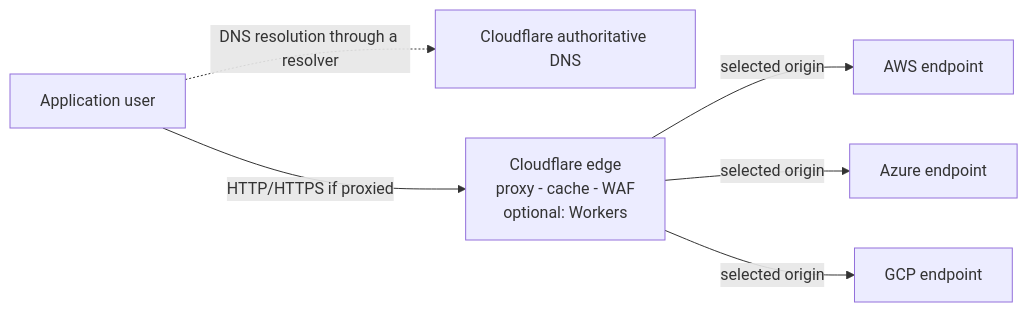
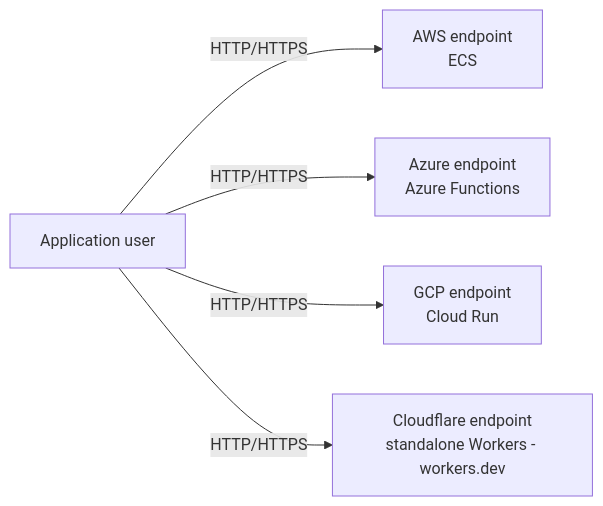
The second of 4 diagrams in projects/centralized-cloud-infrastructure/tdd.en.md (reiva5/reiva5.github.io), drawn with Mermaid before and after one commit. The commit also changed other lines of this file and 5 other files, not shown here.

First line of the commit message:
[Fix] Clarify Cloudflare Workers Scope in Iteration-1 TDD (#10)

````diff
--- a/projects/centralized-cloud-infrastructure/tdd.en.md
+++ b/projects/centralized-cloud-infrastructure/tdd.en.md
@@ -162,11 +164,8 @@
 ```mermaid
 flowchart LR
     User["Application user"]
-    DNS["Cloudflare authoritative DNS"]
-    Edge["Cloudflare edge<br/>proxy - cache - WAF<br/>optional: Workers"]
-    User -.->|"DNS resolution through a resolver"| DNS
-    User -->|"HTTP/HTTPS if proxied"| Edge
-    Edge -->|"selected origin"| AWSOrigin["AWS endpoint"]
-    Edge -->|"selected origin"| AzureOrigin["Azure endpoint"]
-    Edge -->|"selected origin"| GCPOrigin["GCP endpoint"]
+    User -->|"HTTP/HTTPS"| AWSWorkload["AWS endpoint<br/>ECS"]
+    User -->|"HTTP/HTTPS"| AzureWorkload["Azure endpoint<br/>Azure Functions"]
+    User -->|"HTTP/HTTPS"| GCPWorkload["GCP endpoint<br/>Cloud Run"]
+    User -->|"HTTP/HTTPS"| CFWorker["Cloudflare endpoint<br/>standalone Workers - workers.dev"]
 ```
````
